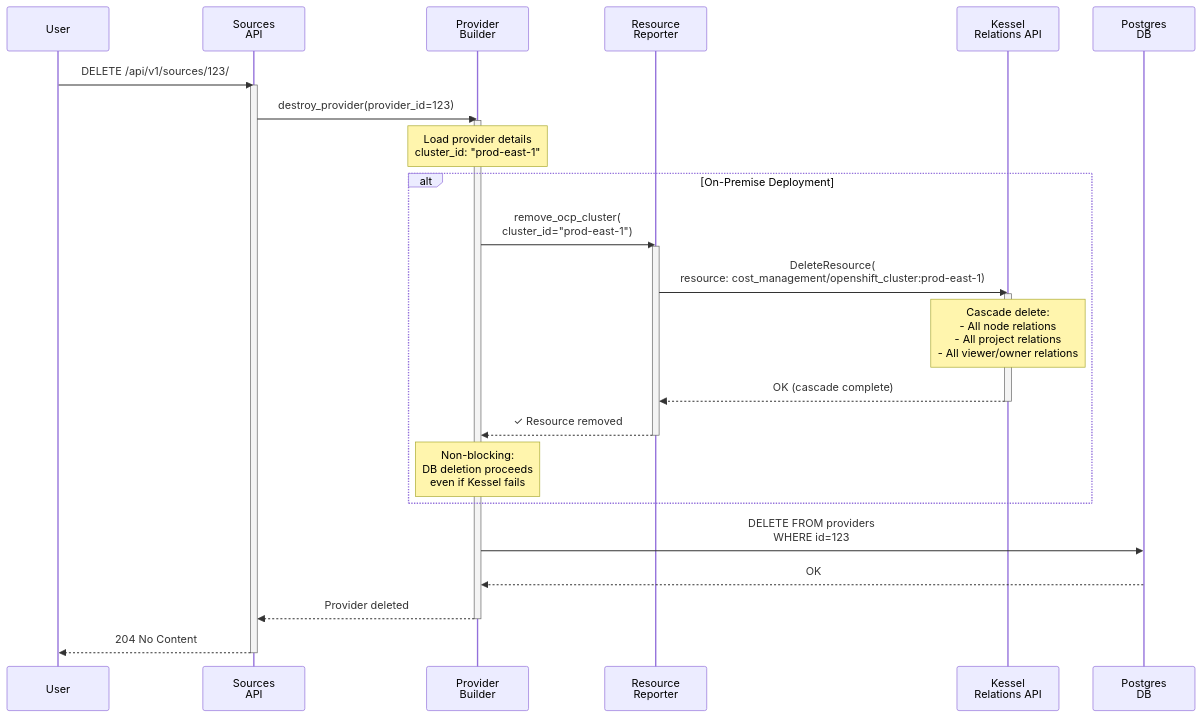
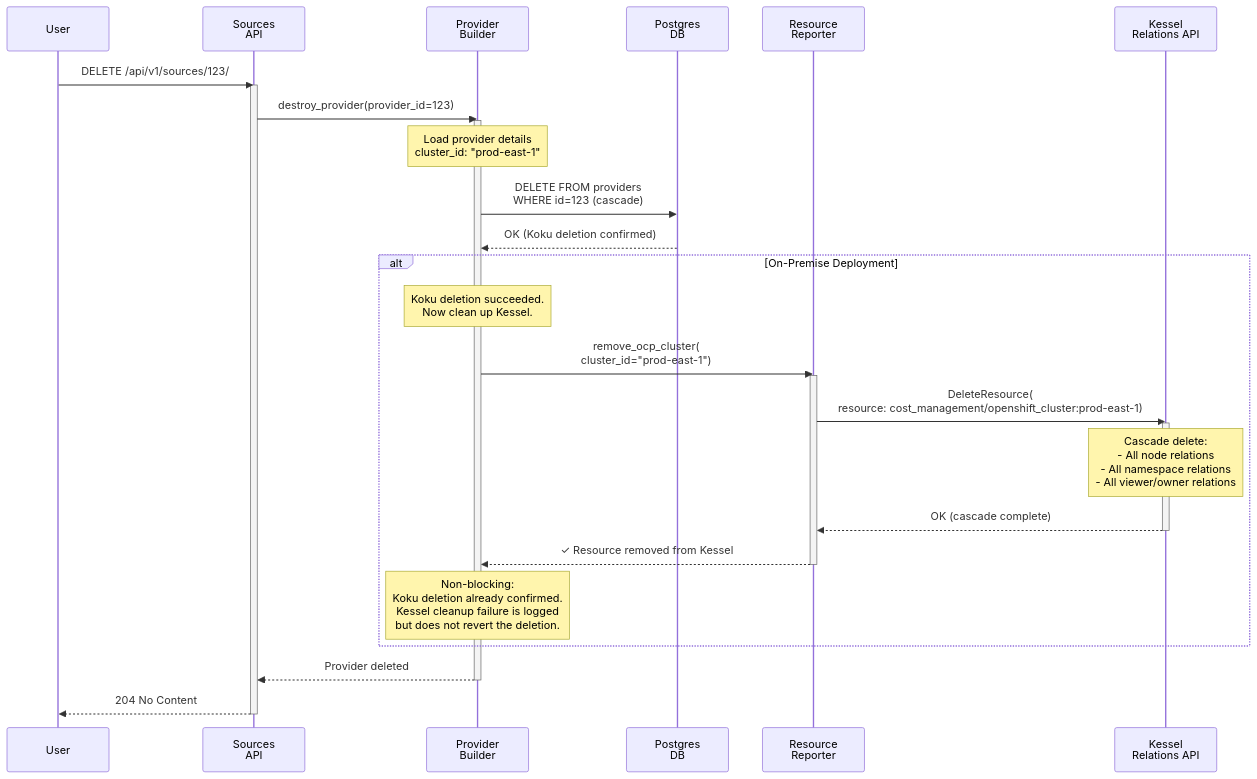
Before and after one commit to project-koku/koku: the sixth of 12 diagrams in docs/architecture/kessel-integration/kessel-ocp-integration.md, drawn with Mermaid. The commit also changed other lines of this file and 2 other files, not shown here.

First line of the commit message:
docs: add supporting docs for Kessel OCP integration HLD

````diff
--- a/docs/architecture/kessel-integration/kessel-ocp-integration.md
+++ b/docs/architecture/kessel-integration/kessel-ocp-integration.md
@@ -431,44 +439,46 @@
 ```mermaid
 sequenceDiagram
     participant User
     participant API as Sources<br/>API
     participant Builder as Provider<br/>Builder
+    participant Postgres as Postgres<br/>DB
     participant Reporter as Resource<br/>Reporter
     participant Kessel as Kessel<br/>Relations API
-    participant Postgres as Postgres<br/>DB
     
     User->>API: DELETE /api/v1/sources/123/
     activate API
     
     API->>Builder: destroy_provider(provider_id=123)
     activate Builder
     
     Note over Builder: Load provider details<br/>cluster_id: "prod-east-1"
     
+    Builder->>Postgres: DELETE FROM providers<br/>WHERE id=123 (cascade)
+    Postgres-->>Builder: OK (Koku deletion confirmed)
+    
     alt On-Premise Deployment
+        Note over Builder: Koku deletion succeeded.<br/>Now clean up Kessel.
+        
         Builder->>Reporter: remove_ocp_cluster(<br/>cluster_id="prod-east-1")
         activate Reporter
         
         Reporter->>Kessel: DeleteResource(<br/>resource: cost_management/openshift_cluster:prod-east-1)
         activate Kessel
         
-        Note over Kessel: Cascade delete:<br/>- All node relations<br/>- All project relations<br/>- All viewer/owner relations
+        Note over Kessel: Cascade delete:<br/>- All node relations<br/>- All namespace relations<br/>- All viewer/owner relations
         
         Kessel-->>Reporter: OK (cascade complete)
         deactivate Kessel
         
-        Reporter-->>Builder: ✓ Resource removed
+        Reporter-->>Builder: ✓ Resource removed from Kessel
         deactivate Reporter
         
-        Note over Builder: Non-blocking:<br/>DB deletion proceeds<br/>even if Kessel fails
+        Note over Builder: Non-blocking:<br/>Koku deletion already confirmed.<br/>Kessel cleanup failure is logged<br/>but does not revert the deletion.
     end
-    
-    Builder->>Postgres: DELETE FROM providers<br/>WHERE id=123
-    Postgres-->>Builder: OK
     
     Builder-->>API: Provider deleted
     deactivate Builder
     
     API-->>User: 204 No Content
     deactivate API
 ```
````
